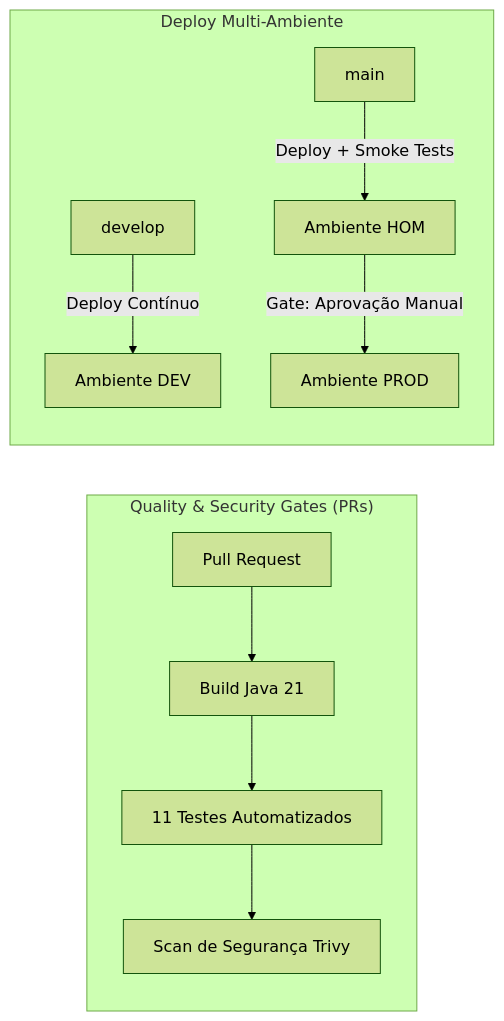
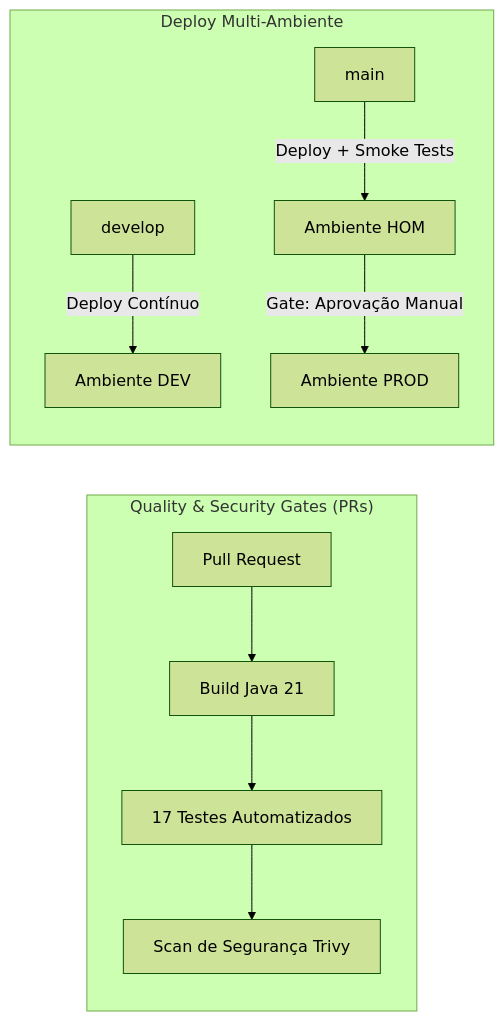
Before and after one commit to julianachavespalm/afrobank-ledger: the second of 2 diagrams in README.md, drawn with Mermaid (forest theme). The commit also changed other lines of this file and 17 other files, not shown here.

````diff
--- a/README.md
+++ b/README.md
@@ -69,14 +77,14 @@
 ```mermaid
 flowchart LR
     subgraph CI["Quality & Security Gates (PRs)"]
         A[Pull Request] --> B[Build Java 21]
-        B --> C[11 Testes Automatizados]
+        B --> C[17 Testes Automatizados]
         C --> D[Scan de Segurança Trivy]
     end
 
     subgraph CD["Deploy Multi-Ambiente"]
         DevBranch[develop] -->|Deploy Contínuo| EnvDev[Ambiente DEV]
         MainBranch[main] -->|Deploy + Smoke Tests| EnvHom[Ambiente HOM]
         EnvHom -->|Gate: Aprovação Manual| EnvProd[Ambiente PROD]
     end
 ```
````
